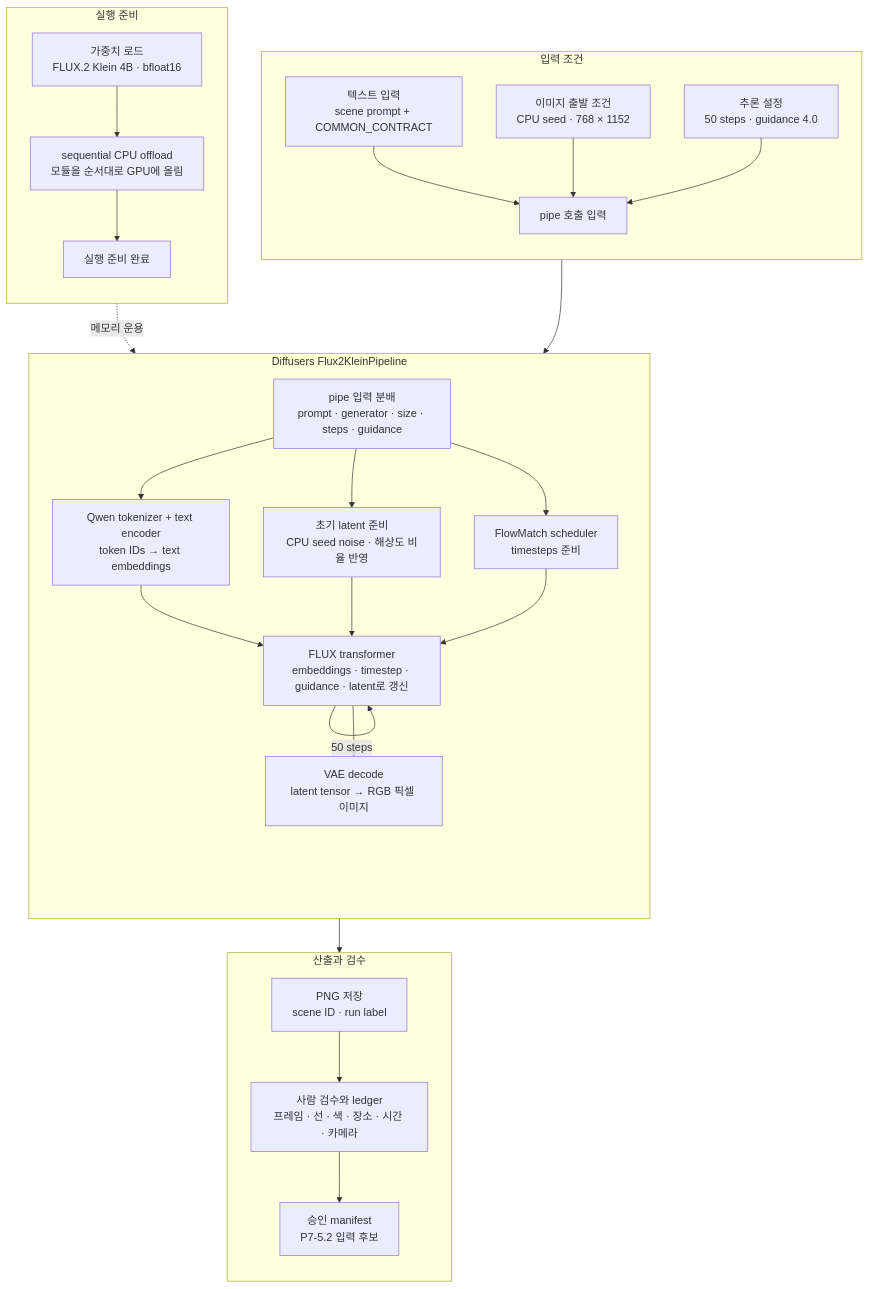
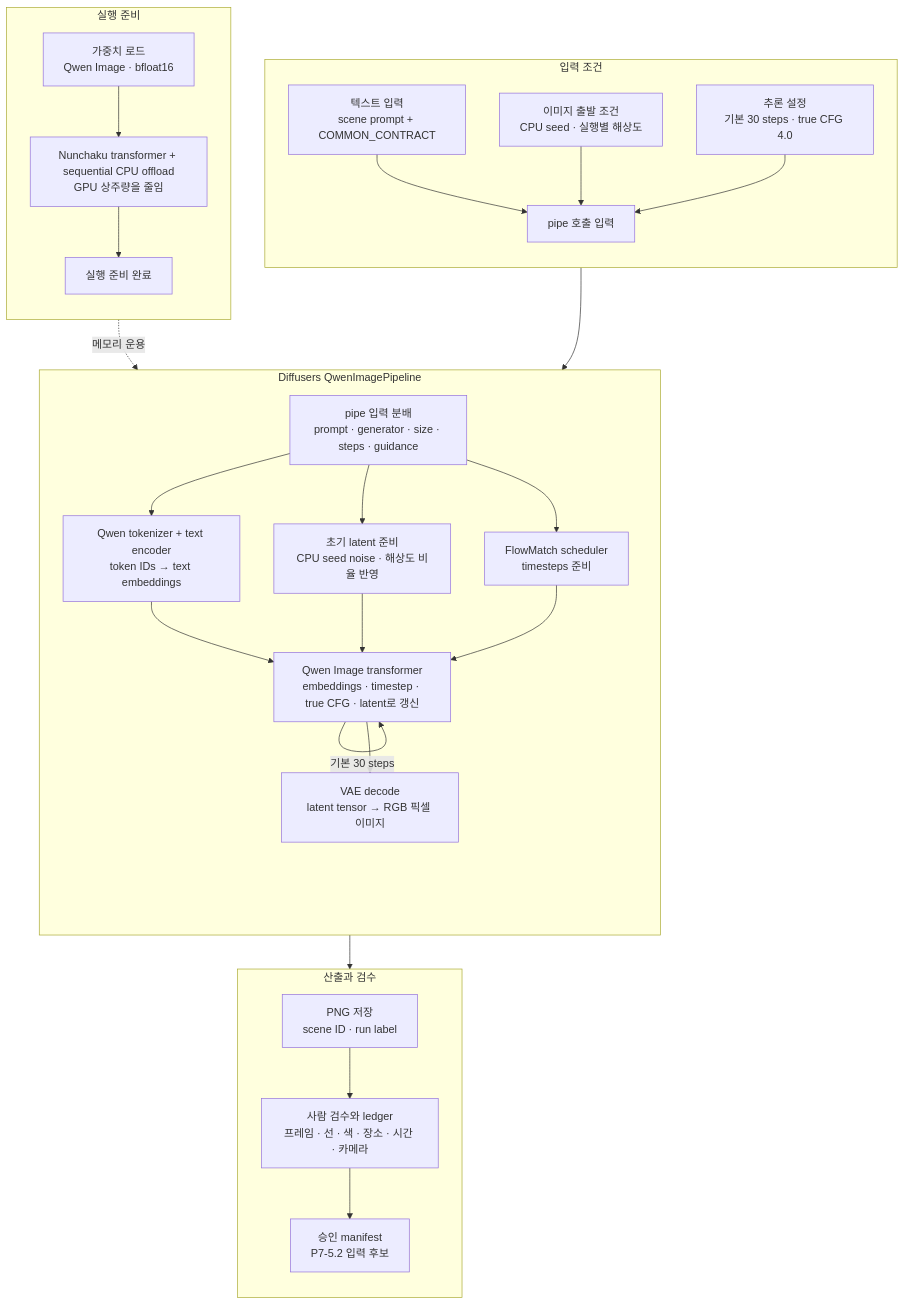
The diagram in docs/assets/part-07/chapter-05/p7-5-1-ai-model-inference-pipeline-ko.mmd (devchan64/AiBook), drawn with Mermaid before and after one commit. The commit also changed 5 other files, not shown here.

```diff
--- a/docs/assets/part-07/chapter-05/p7-5-1-ai-model-inference-pipeline-ko.mmd
+++ b/docs/assets/part-07/chapter-05/p7-5-1-ai-model-inference-pipeline-ko.mmd
@@ -1,49 +1,49 @@
 flowchart TD
   subgraph input["입력 조건"]
     direction TB
     prompt_input["텍스트 입력<br/>scene prompt + COMMON_CONTRACT"]
-    latent_input["이미지 출발 조건<br/>CPU seed · 768 × 1152"]
-    run_input["추론 설정<br/>50 steps · guidance 4.0"]
+    latent_input["이미지 출발 조건<br/>CPU seed · 실행별 해상도"]
+    run_input["추론 설정<br/>기본 30 steps · true CFG 4.0"]
     input_bundle["pipe 호출 입력"]
   end
 
   subgraph prepare["실행 준비"]
     direction TB
-    weights["가중치 로드<br/>FLUX.2 Klein 4B · bfloat16"]
-    offload["sequential CPU offload<br/>모듈을 순서대로 GPU에 올림"]
+    weights["가중치 로드<br/>Qwen Image · bfloat16"]
+    offload["Nunchaku transformer + sequential CPU offload<br/>GPU 상주량을 줄임"]
     ready["실행 준비 완료"]
   end
 
-  subgraph pipeline["Diffusers Flux2KleinPipeline"]
+  subgraph pipeline["Diffusers QwenImagePipeline"]
     direction TB
     apply_input["pipe 입력 분배<br/>prompt · generator · size · steps · guidance"]
     text["Qwen tokenizer + text encoder<br/>token IDs → text embeddings"]
     latent["초기 latent 준비<br/>CPU seed noise · 해상도 비율 반영"]
     schedule["FlowMatch scheduler<br/>timesteps 준비"]
-    transformer["FLUX transformer<br/>embeddings · timestep · guidance · latent로 갱신"]
+    transformer["Qwen Image transformer<br/>embeddings · timestep · true CFG · latent로 갱신"]
     decode["VAE decode<br/>latent tensor → RGB 픽셀 이미지"]
   end
 
   subgraph result["산출과 검수"]
     direction TB
     output["PNG 저장<br/>scene ID · run label"]
     review["사람 검수와 ledger<br/>프레임 · 선 · 색 · 장소 · 시간 · 카메라"]
     manifest["승인 manifest<br/>P7-5.2 입력 후보"]
   end
 
   prompt_input --> input_bundle
   latent_input --> input_bundle
   run_input --> input_bundle
 
   weights --> offload --> ready
   ready -.메모리 운용.-> apply_input
 
   input_bundle --> apply_input
   apply_input --> text
   apply_input --> latent
   apply_input --> schedule
   text --> transformer
   latent --> transformer
   schedule --> transformer
-  transformer -->|50 steps| transformer
+  transformer -->|기본 30 steps| transformer
   transformer --> decode --> output --> review --> manifest
```
